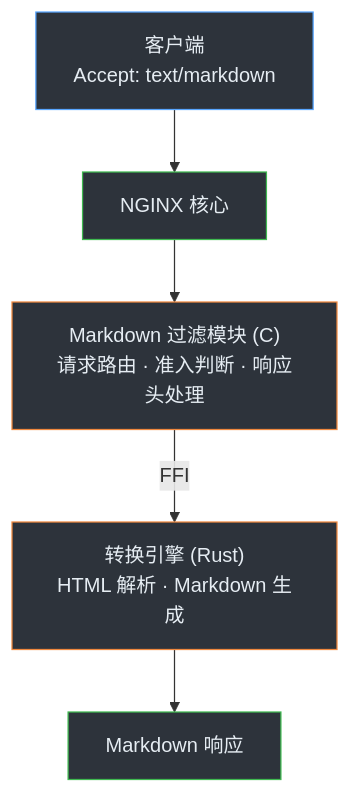
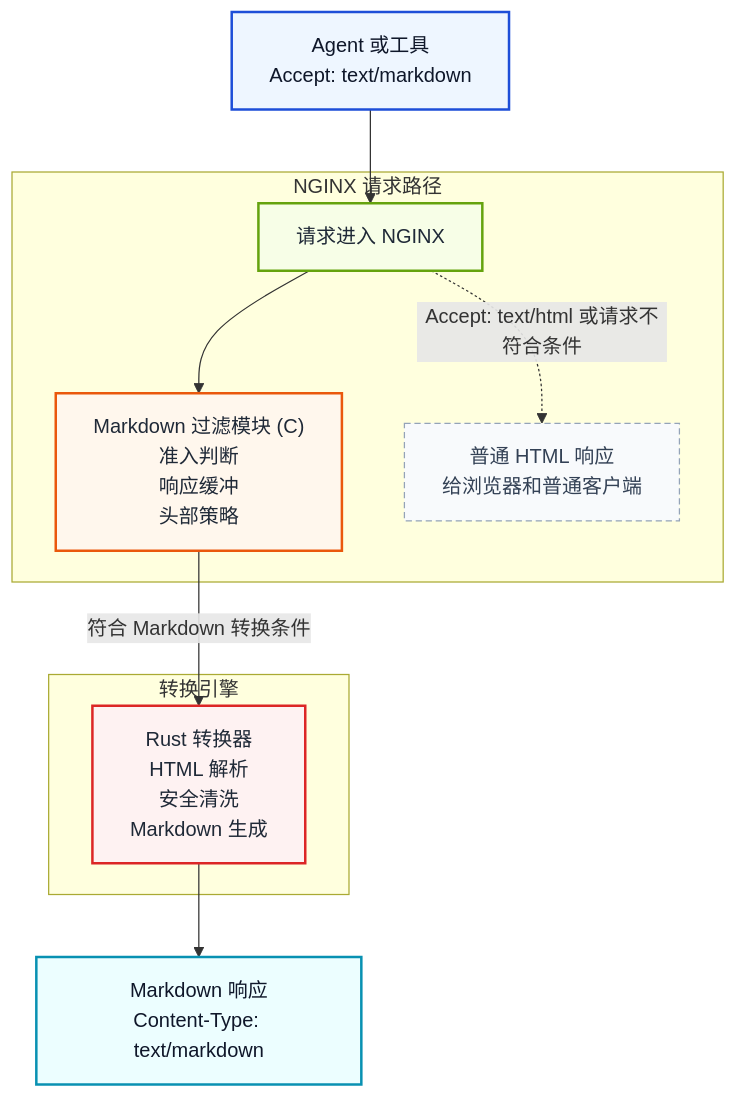
Before and after one commit to cnkang/nginx-markdown-for-agents: the diagram in README_zh-CN.md, drawn with Mermaid. The commit also changed other lines of this file and 32 other files, not shown here.

````diff
--- a/README_zh-CN.md
+++ b/README_zh-CN.md
@@ -71,13 +139,36 @@
 ```mermaid
 flowchart TD
-    A["客户端<br/>Accept: text/markdown"] --> B["NGINX 核心"]
-    B --> C["Markdown 过滤模块 (C)<br/>请求路由 · 准入判断 · 响应头处理"]
-    C -->|FFI| D["转换引擎 (Rust)<br/>HTML 解析 · Markdown 生成"]
-    D --> E["Markdown 响应"]
+    client["Agent 或工具<br/>Accept: text/markdown"]
 
-    style A fill:#2d333b,stroke:#58a6ff,color:#e6edf3
-    style B fill:#2d333b,stroke:#3fb950,color:#e6edf3
-    style C fill:#2d333b,stroke:#f0883e,color:#e6edf3
-    style D fill:#2d333b,stroke:#f0883e,color:#e6edf3
-    style E fill:#2d333b,stroke:#3fb950,color:#e6edf3
+    subgraph edge["NGINX 请求路径"]
+        ingress["请求进入 NGINX"]
+        filter["Markdown 过滤模块 (C)<br/>准入判断<br/>响应缓冲<br/>头部策略"]
+        passthrough["普通 HTML 响应<br/>给浏览器和普通客户端"]
+    end
+
+    subgraph engine["转换引擎"]
+        rust["Rust 转换器<br/>HTML 解析<br/>安全清洗<br/>Markdown 生成"]
+    end
+
+    markdown["Markdown 响应<br/>Content-Type: text/markdown"]
+
+    client --> ingress
+    ingress --> filter
+    filter -->|符合 Markdown 转换条件| rust
+    rust --> markdown
+    ingress -.->|Accept: text/html 或请求不符合条件| passthrough
+
+    classDef client fill:#eef6ff,stroke:#1d4ed8,color:#0f172a,stroke-width:2px;
+    classDef nginx fill:#f7fee7,stroke:#65a30d,color:#1f2937,stroke-width:2px;
+    classDef module fill:#fff7ed,stroke:#ea580c,color:#1f2937,stroke-width:2px;
+    classDef engine fill:#fef2f2,stroke:#dc2626,color:#1f2937,stroke-width:2px;
+    classDef output fill:#ecfeff,stroke:#0891b2,color:#0f172a,stroke-width:2px;
+    classDef passthrough fill:#f8fafc,stroke:#94a3b8,color:#334155,stroke-dasharray: 5 3;
+
+    class client client;
+    class ingress nginx;
+    class filter module;
+    class rust engine;
+    class markdown output;
+    class passthrough passthrough;
 ```
````
